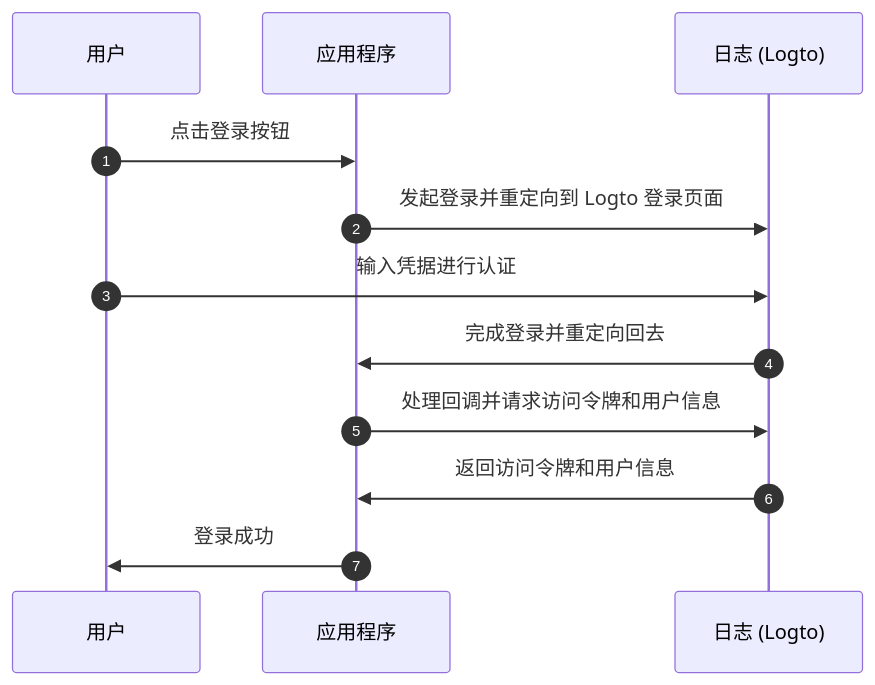
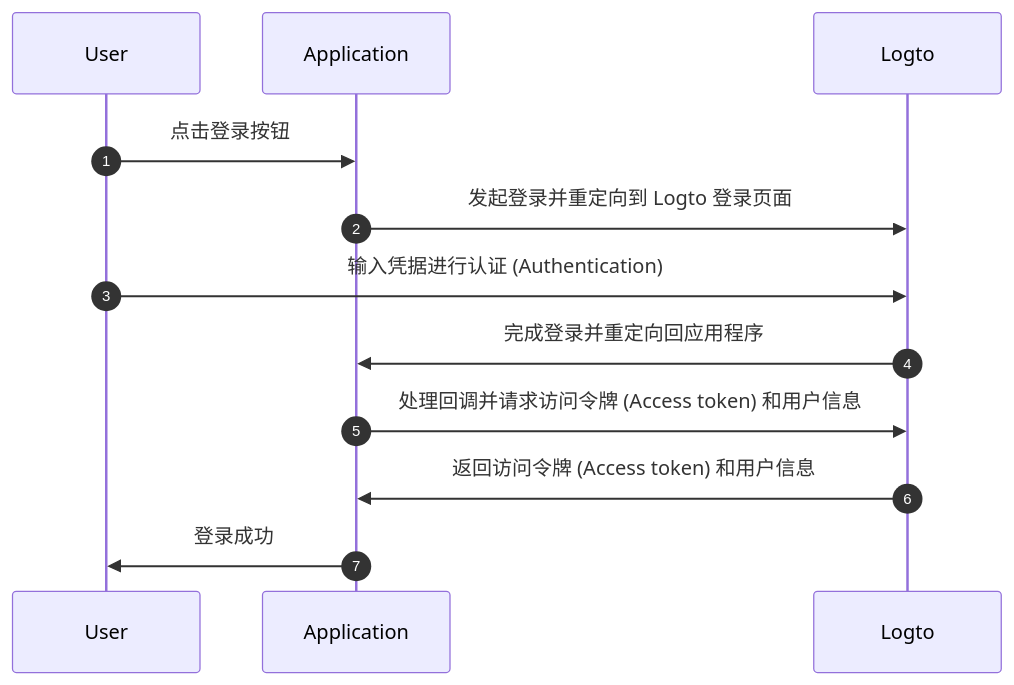
The first of 2 diagrams in i18n/zh-CN/docusaurus-plugin-content-docs/current/integrate-logto/integrate-logto-into-your-application/understand-authentication-flow.mdx (logto-io/docs), drawn with Mermaid before and after one commit. The commit also changed other lines of this file and 428 other files, not shown here.

````diff
--- a/i18n/zh-CN/docusaurus-plugin-content-docs/current/integrate-logto/integrate-logto-into-your-application/understand-authentication-flow.mdx
+++ b/i18n/zh-CN/docusaurus-plugin-content-docs/current/integrate-logto/integrate-logto-into-your-application/understand-authentication-flow.mdx
@@ -9,15 +9,15 @@
 ```mermaid
 sequenceDiagram
     autonumber
-    participant 用户
-    participant 应用程序
-    participant 日志 (Logto)
+    participant User
+    participant Application
+    participant Logto
 
-    用户->>应用程序: 点击登录按钮
-    应用程序->>日志 (Logto): 发起登录并重定向到 Logto 登录页面
-    用户->>日志 (Logto): 输入凭据进行认证
-    日志 (Logto)->>应用程序: 完成登录并重定向回去
-    应用程序->>日志 (Logto): 处理回调并请求访问令牌和用户信息
-    日志 (Logto)->>应用程序: 返回访问令牌和用户信息
-    应用程序->>用户: 登录成功
+    User->>Application: 点击登录按钮
+    Application->>Logto: 发起登录并重定向到 Logto 登录页面
+    User->>Logto: 输入凭据进行认证 (Authentication)
+    Logto->>Application: 完成登录并重定向回应用程序
+    Application->>Logto: 处理回调并请求访问令牌 (Access token) 和用户信息
+    Logto->>Application: 返回访问令牌 (Access token) 和用户信息
+    Application->>User: 登录成功
 ```
````
